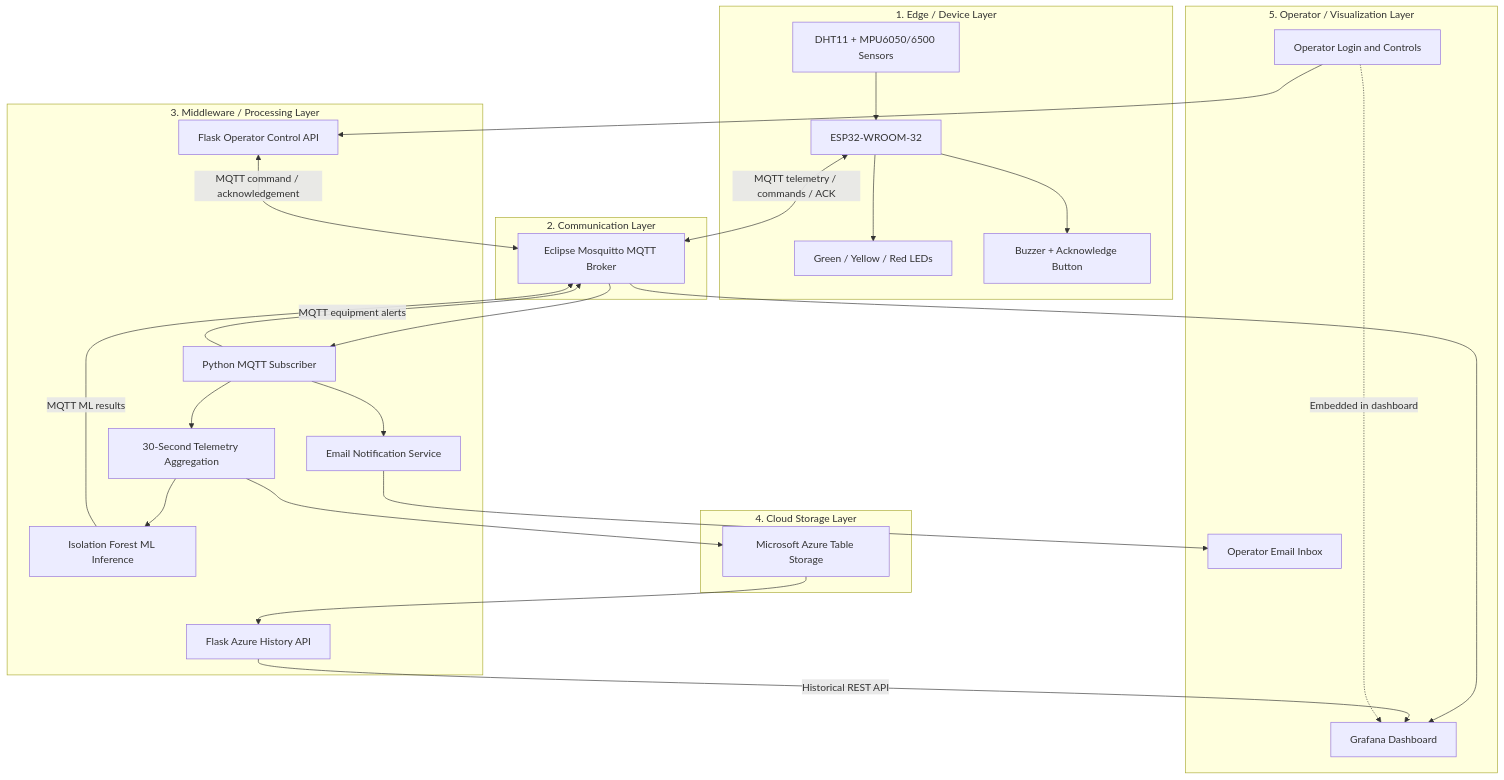
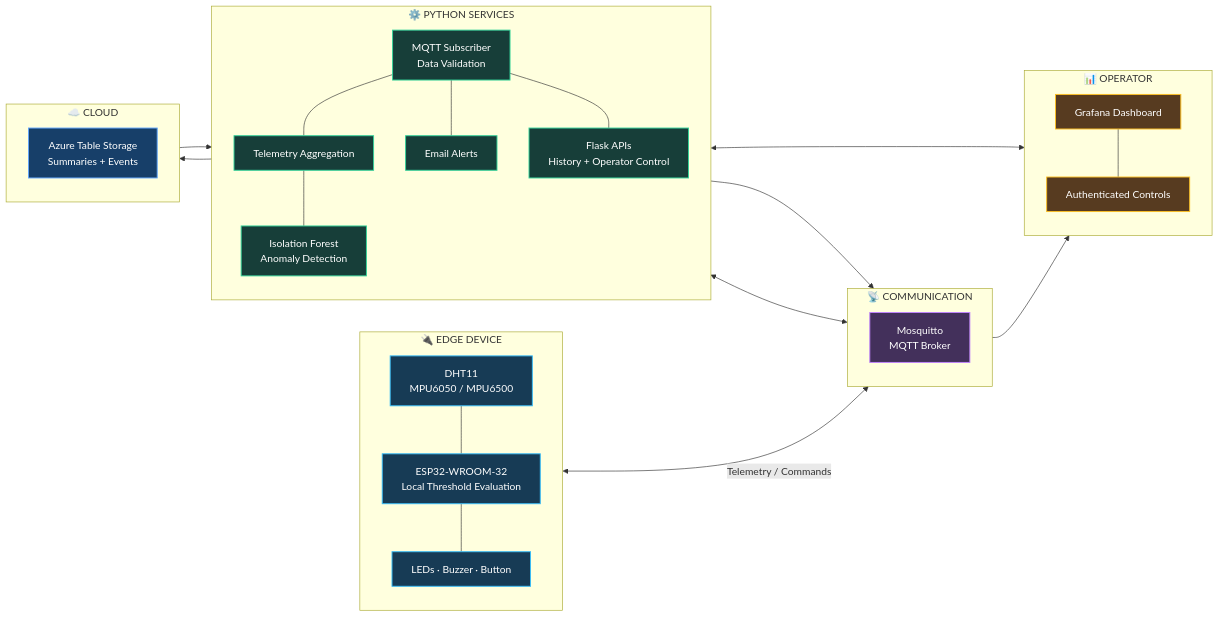
One commit to dp0912/IoT-Equipment-Condition-Monitoring-System changed the diagram in README.md. Above: the diagram before and after it, drawn with Mermaid. The commit also changed other lines of this file, not shown here.

````diff
--- a/README.md
+++ b/README.md
@@ -94,58 +45,61 @@
 ```mermaid
-flowchart TB
-    subgraph EDGE["1. Edge / Device Layer"]
-        S["DHT11 + MPU6050/6500 Sensors"]
-        E["ESP32-WROOM-32"]
-        L["Green / Yellow / Red LEDs"]
-        B["Buzzer + Acknowledge Button"]
-
-        S --> E
-        E --> L
-        E --> B
+flowchart LR
+    subgraph EDGE["🔌 EDGE DEVICE"]
+        direction TB
+        S["DHT11<br/>MPU6050 / MPU6500"]
+        E["ESP32-WROOM-32<br/>Local Threshold Evaluation"]
+        I["LEDs · Buzzer · Button"]
+        S --- E
+        E --- I
     end
 
-    subgraph COMM["2. Communication Layer"]
-        M["Eclipse Mosquitto MQTT Broker"]
+    subgraph MQTT["📡 COMMUNICATION"]
+        direction TB
+        B["Mosquitto<br/>MQTT Broker"]
     end
 
-    subgraph BACKEND["3. Middleware / Processing Layer"]
-        P["Python MQTT Subscriber"]
-        A["30-Second Telemetry Aggregation"]
-        ML["Isolation Forest ML Inference"]
-        N["Email Notification Service"]
-        API["Flask Operator Control API"]
-        H["Flask Azure History API"]
+    subgraph SERVICES["⚙️ PYTHON SERVICES"]
+        direction TB
+        P["MQTT Subscriber<br/>Data Validation"]
+        A["Telemetry Aggregation"]
+        ML["Isolation Forest<br/>Anomaly Detection"]
+        N["Email Alerts"]
+        API["Flask APIs<br/>History + Operator Control"]
+        P --- A
+        A --- ML
+        P --- N
+        P --- API
     end
 
-    subgraph CLOUD["4. Cloud Storage Layer"]
-        AZ["Microsoft Azure Table Storage"]
+    subgraph CLOUD["☁️ CLOUD"]
+        direction TB
+        AZ["Azure Table Storage<br/>Summaries + Events"]
     end
 
-    subgraph UI["5. Operator / Visualization Layer"]
+    subgraph UI["📊 OPERATOR"]
+        direction TB
         G["Grafana Dashboard"]
-        F["Operator Login and Controls"]
-        EMAIL["Operator Email Inbox"]
+        C["Authenticated Controls"]
+        G --- C
     end
 
-    E <-->|"MQTT telemetry / commands / ACK"| M
+    E <-->|Telemetry / Commands| B
+    B <--> P
+    B --> G
+    A --> AZ
+    AZ --> API
+    API <--> C
+    ML --> B
 
-    M --> P
-    M --> G
+    classDef edge fill:#173b55,stroke:#38bdf8,color:#ffffff,stroke-width:1.5px;
+    classDef broker fill:#43305b,stroke:#c084fc,color:#ffffff,stroke-width:1.5px;
+    classDef service fill:#173e39,stroke:#34d399,color:#ffffff,stroke-width:1.5px;
+    classDef cloud fill:#173f69,stroke:#60a5fa,color:#ffffff,stroke-width:1.5px;
+    classDef ui fill:#573b20,stroke:#fbbf24,color:#ffffff,stroke-width:1.5px;
 
-    P --> A
-    A --> AZ
-    A --> ML
-    P --> N
-
-    ML -->|"MQTT ML results"| M
-    P -->|"MQTT equipment alerts"| M
-
-    N --> EMAIL
-
-    AZ --> H
-    H -->|"Historical REST API"| G
-
-    F --> API
-    API <-->|"MQTT command / acknowledgement"| M
-    F -. "Embedded in dashboard" .-> G
+    class S,E,I edge;
+    class B broker;
+    class P,A,ML,N,API service;
+    class AZ cloud;
+    class G,C ui;
 ```
````
